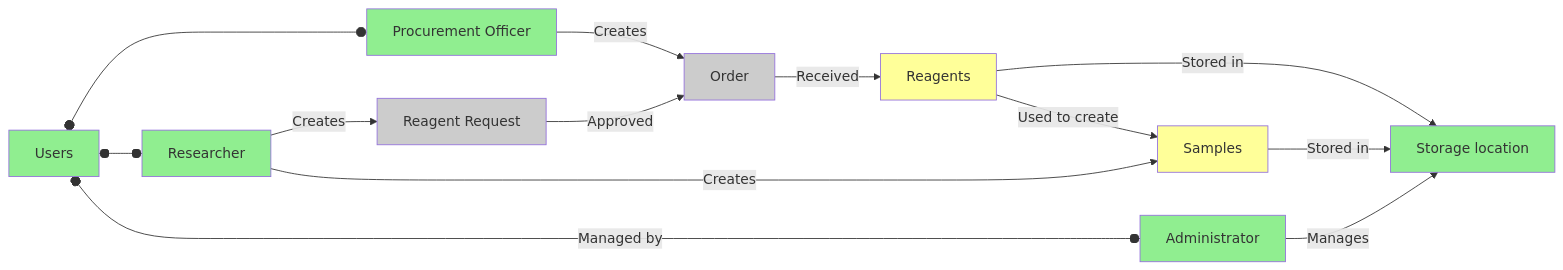
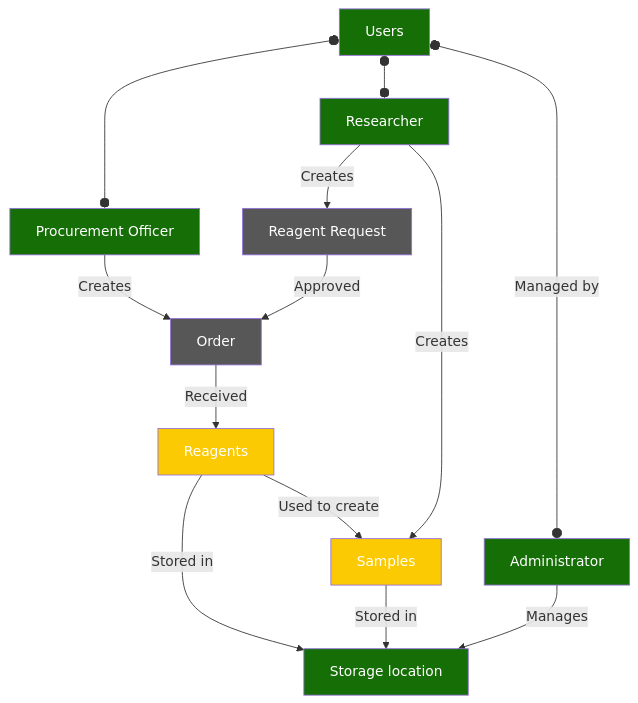
One commit to Quantori-Academy/apt-frontend changed the second of 2 diagrams in README.md. Above: the diagram before and after it, drawn with Mermaid.

````diff
--- a/README.md
+++ b/README.md
@@ -151,36 +151,36 @@
 ```mermaid
-flowchart LR
+flowchart TD
     RR[Reagent Request]
     O[Order]
     R[Reagents]
     S[Samples]
     SL[Storage location]
 
     U[Users]
     ADM[Administrator]
     RSR[Researcher]
     PRCR[Procurement Officer]
 
 
 U o--o| Managed by | ADM
 U o--o RSR
 U o--o PRCR
 RSR --> | Creates | RR
 PRCR --> | Creates| O
 RR --> | Approved | O
 O --> | Received | R
 R --> | Used to create | S
 RSR --> | Creates | S
 R --> | Stored in | SL
 S --> | Stored in | SL
 ADM --> | Manages | SL
 
 
-classDef green fill:#90EE90;
-classDef yellow fill:#FFFF99;
-classDef grey fill:#ccc;
+classDef green fill:#166e07, color:#ffffff;
+classDef yellow fill:#fcca03, color:#ffffff;
+classDef grey fill:#575757, color:#ffffff;
 
 class U,ADM,RSR,PRCR,SL green;
 class R,S yellow;
 class RR,O grey;
 ```
````
